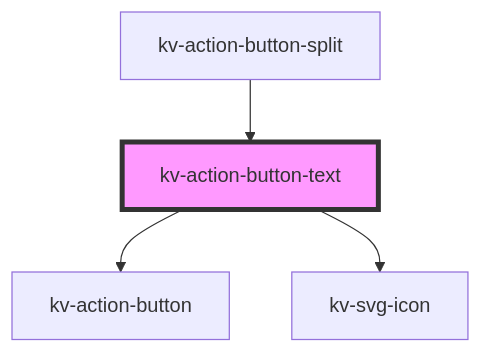
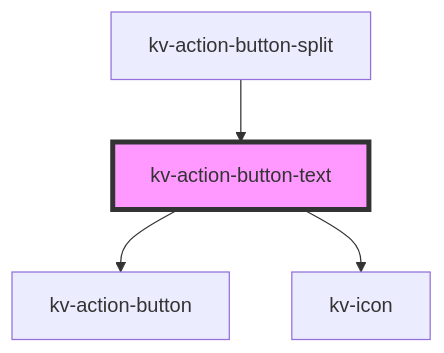
The diagram in packages/ui-components/src/components/action-button-text/readme.md (kelvininc/ui-components), drawn with Mermaid before and after one commit. The commit also changed other lines of this file and 54 other files, not shown here.

Commit message:
refactor(icon): rename `kv-svg-icon` to `kv-icon` BREAKING CHANGE: `kv-svg-icon` custom element is now `kv-icon`

````diff
--- a/packages/ui-components/src/components/action-button-text/readme.md
+++ b/packages/ui-components/src/components/action-button-text/readme.md
@@ -110,7 +110,7 @@
 ```mermaid
 graph TD;
   kv-action-button-text --> kv-action-button
-  kv-action-button-text --> kv-svg-icon
+  kv-action-button-text --> kv-icon
   kv-action-button-split --> kv-action-button-text
   style kv-action-button-text fill:#f9f,stroke:#333,stroke-width:4px
 ```
````
